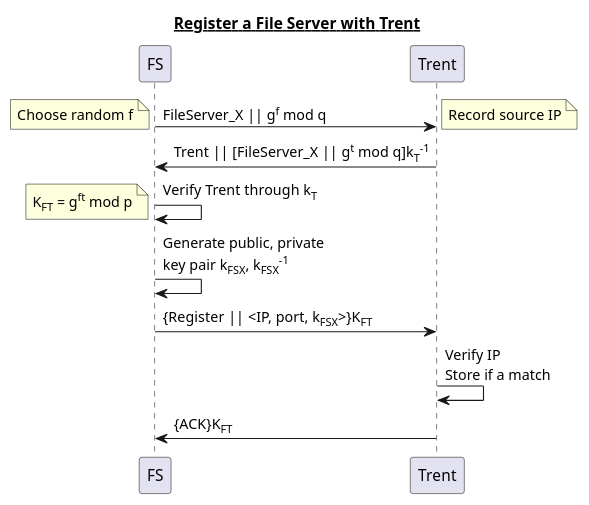
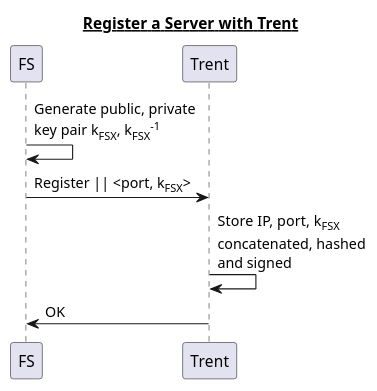
The diagram in reports/img/Register_FS.puml (jondyer/cs1653-2017fa-jbd29-mar257-zds14), drawn with PlantUML before and after one commit. The commit also changed 2 other files, not shown here.

```diff
--- a/reports/img/Register_FS.puml
+++ b/reports/img/Register_FS.puml
@@ -1,17 +1,11 @@
 @startuml
-title __Register a File Server with Trent__
+title __Register a Server with Trent__
 participant FS
 participant Trent
 
-FS -> Trent: FileServer_X || g<sup>f</sup> mod q
-note left: Choose random f
-note right: Record source IP
-Trent -> FS: Trent || [FileServer_X || g<sup>t</sup> mod q]k<sub>T</sub><sup>-1</sup>
-FS -> FS: Verify Trent through k<sub>T</sub>
-note left: K<sub>FT</sub> = g<sup>ft</sup> mod p
 FS -> FS: Generate public, private \nkey pair k<sub>FSX</sub>, k<sub>FSX</sub><sup>-1</sup>
 
-FS -> Trent: {Register || <IP, port, k<sub>FSX</sub>>}K<sub>FT</sub>
-Trent -> Trent: Verify IP\nStore if a match
-Trent -> FS: {ACK}K<sub>FT</sub>
+FS -> Trent: Register || <port, k<sub>FSX</sub>>
+Trent -> Trent: Store IP, port, k<sub>FSX</sub>\nconcatenated, hashed \nand signed
+Trent -> FS: OK
 @enduml
```
